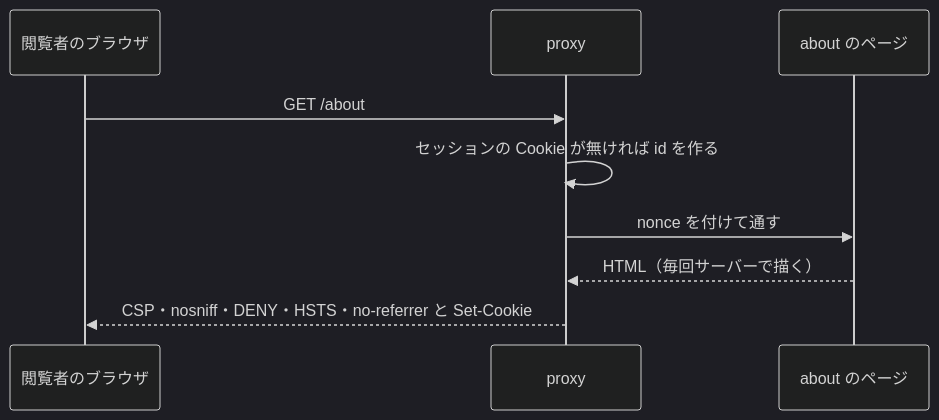
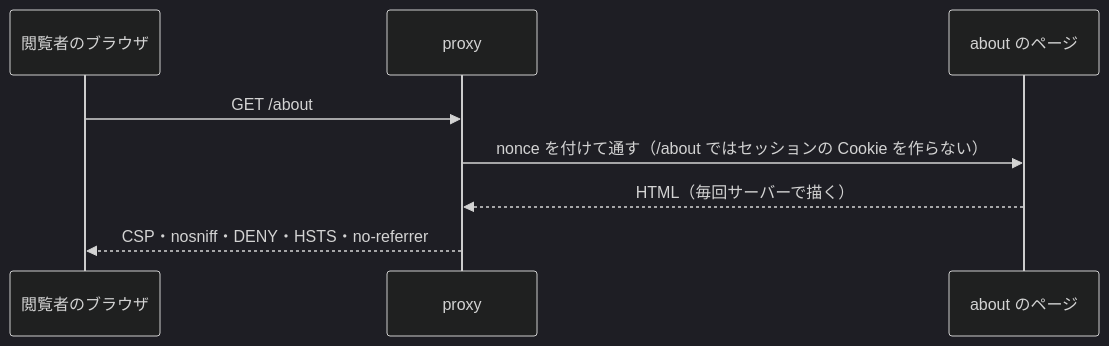
Before and after one commit to ChocoWork/o_official: the second of 3 diagrams in docs/03_BasicDesign/areas/about.md, drawn with Mermaid (dark theme). The commit also changed other lines of this file and 130 other files, not shown here.

````diff
--- a/docs/03_BasicDesign/areas/about.md
+++ b/docs/03_BasicDesign/areas/about.md
@@ -91,11 +91,10 @@
 ```mermaid
 sequenceDiagram
   participant B as 閲覧者のブラウザ
   participant P as proxy
   participant R as about のページ
   B->>P: GET /about
-  P->>P: セッションの Cookie が無ければ id を作る
-  P->>R: nonce を付けて通す
+  P->>R: nonce を付けて通す（/about ではセッションの Cookie を作らない）
   R-->>P: HTML（毎回サーバーで描く）
-  P-->>B: CSP・nosniff・DENY・HSTS・no-referrer と Set-Cookie
+  P-->>B: CSP・nosniff・DENY・HSTS・no-referrer
 ```
````
